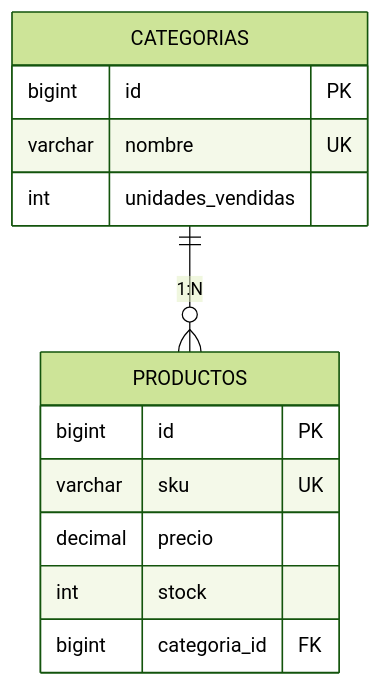
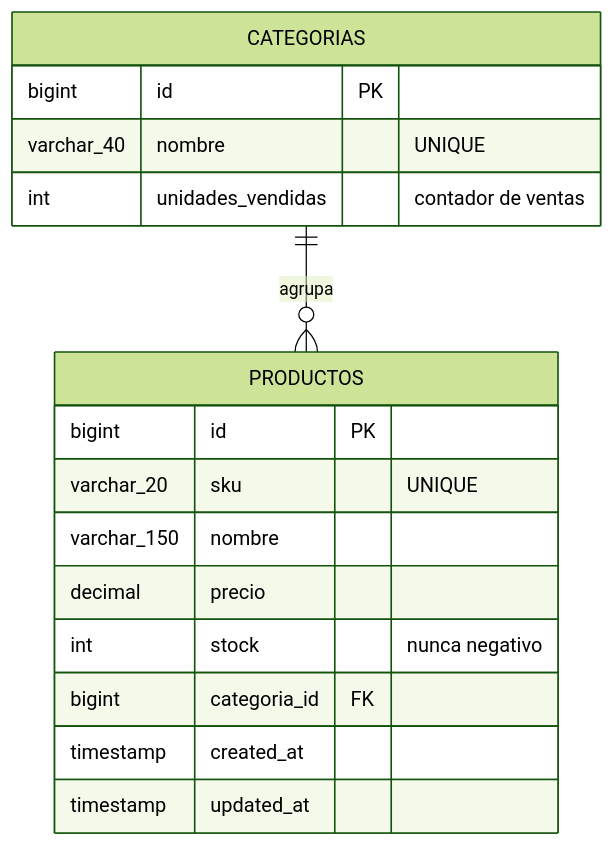
Before and after one commit to campusdevfp/dwes2627: the first of 2 diagrams in docs/ut4/05-proyectos.md, drawn with Mermaid (forest theme). The commit also changed other lines of this file and 13 other files, not shown here.

````diff
--- a/docs/ut4/05-proyectos.md
+++ b/docs/ut4/05-proyectos.md
@@ -961,16 +931,21 @@
 ```mermaid
 erDiagram
-    CATEGORIAS ||--o{ PRODUCTOS : "1:N"
+    CATEGORIAS ||--o{ PRODUCTOS : "agrupa"
+
     CATEGORIAS {
         bigint id PK
-        varchar nombre UK
-        int unidades_vendidas
+        varchar_40 nombre "UNIQUE"
+        int unidades_vendidas "contador de ventas"
     }
+
     PRODUCTOS {
         bigint id PK
-        varchar sku UK
+        varchar_20 sku "UNIQUE"
+        varchar_150 nombre
         decimal precio
-        int stock
+        int stock "nunca negativo"
         bigint categoria_id FK
+        timestamp created_at
+        timestamp updated_at
     }
 ```
````
